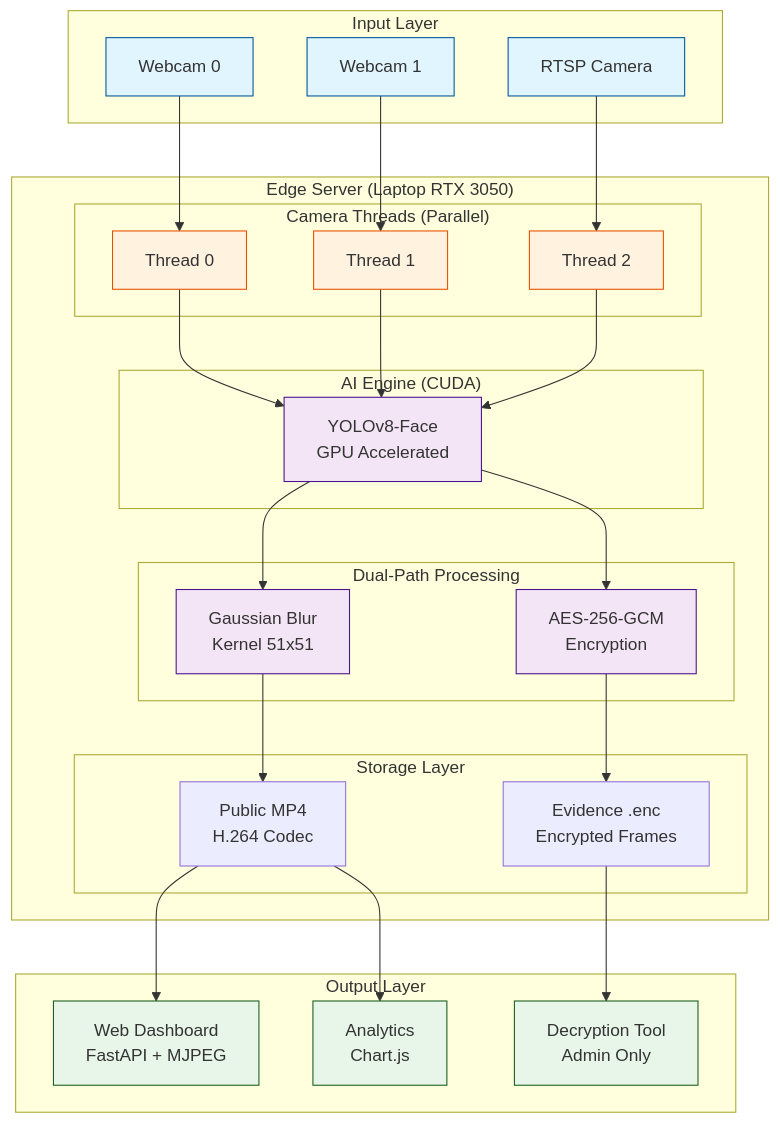
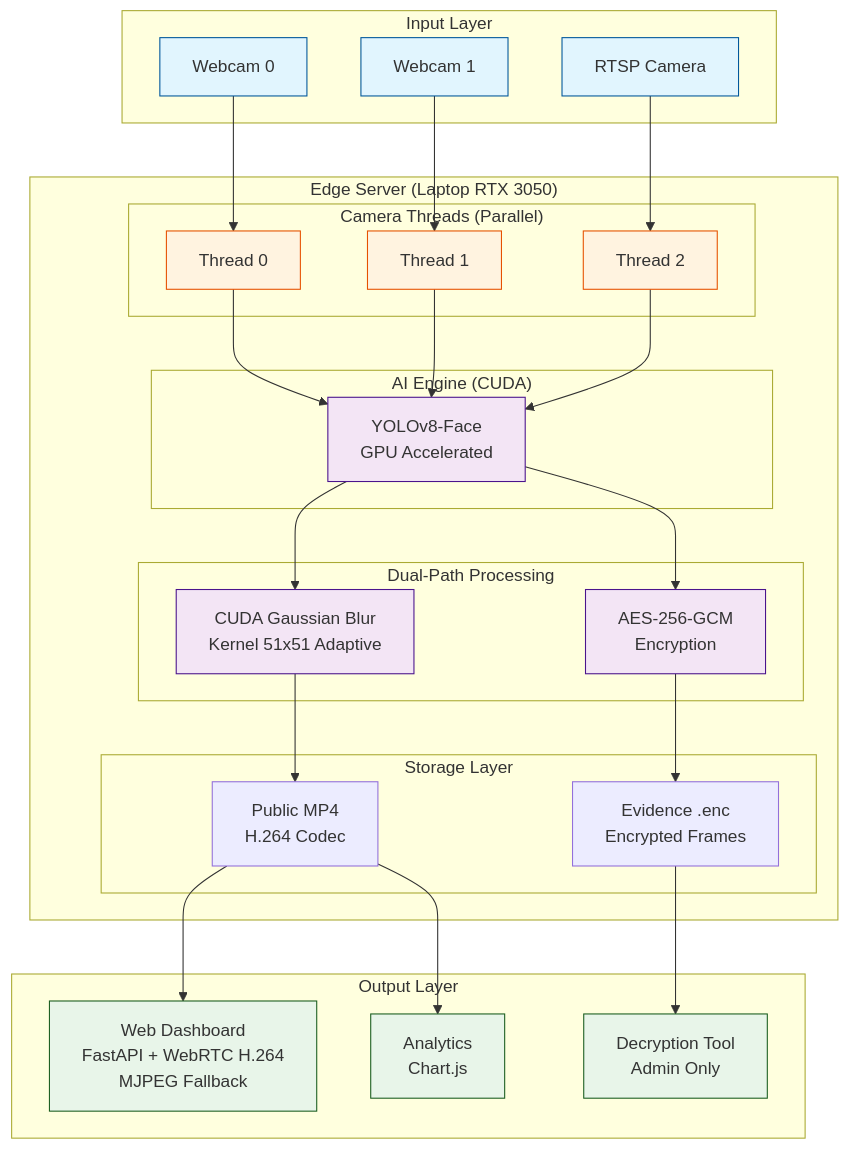
Before and after one commit to bayusegara27/SECURE-EDGE-VISION-SYSTEM: the first of 2 diagrams in wiki/Architecture.md, drawn with Mermaid. The commit also changed other lines of this file and 13 other files, not shown here.

First line of the commit message:
feat: enforce bytetrack gpu blur webrtc and envelope key flow

````diff
--- a/wiki/Architecture.md
+++ b/wiki/Architecture.md
@@ -58,58 +58,58 @@
 ```mermaid
 graph TB
     classDef layer stroke:#333,stroke-width:2px,fill:#f9f9f9;
     classDef input fill:#e1f5fe,stroke:#01579b;
     classDef edge fill:#fff3e0,stroke:#e65100;
     classDef process fill:#f3e5f5,stroke:#4a148c;
     classDef output fill:#e8f5e9,stroke:#1b5e20;
 
     subgraph Input["Input Layer"]
         CAM0[Webcam 0]:::input
         CAM1[Webcam 1]:::input
         RTSP[RTSP Camera]:::input
     end
     
     subgraph EdgeServer["Edge Server (Laptop RTX 3050)"]
         subgraph CameraThreads["Camera Threads (Parallel)"]
             T0[Thread 0]:::edge
             T1[Thread 1]:::edge
             T2[Thread 2]:::edge
         end
         
         subgraph AIEngine["AI Engine (CUDA)"]
             YOLO[YOLOv8-Face<br/>GPU Accelerated]:::process
         end
         
         subgraph DualPath["Dual-Path Processing"]
-            BLUR[Gaussian Blur<br/>Kernel 51x51]:::process
+            BLUR[CUDA Gaussian Blur<br/>Kernel 51x51 Adaptive]:::process
             ENC[AES-256-GCM<br/>Encryption]:::process
         end
         
         subgraph Storage["Storage Layer"]
             PUBLIC[Public MP4<br/>H.264 Codec]
             EVIDENCE[Evidence .enc<br/>Encrypted Frames]
         end
     end
     
     subgraph Output["Output Layer"]
-        WEB[Web Dashboard<br/>FastAPI + MJPEG]:::output
+        WEB[Web Dashboard<br/>FastAPI + WebRTC H.264<br/>MJPEG Fallback]:::output
         ANALYTICS[Analytics<br/>Chart.js]:::output
         DECRYPT[Decryption Tool<br/>Admin Only]:::output
     end
     
     CAM0 --> T0
     CAM1 --> T1
     RTSP --> T2
     
     T0 & T1 & T2 --> YOLO
     
     YOLO --> BLUR
     YOLO --> ENC
     
     BLUR --> PUBLIC
     ENC --> EVIDENCE
     
     PUBLIC --> WEB
     PUBLIC --> ANALYTICS
     EVIDENCE --> DECRYPT
 ```
````
